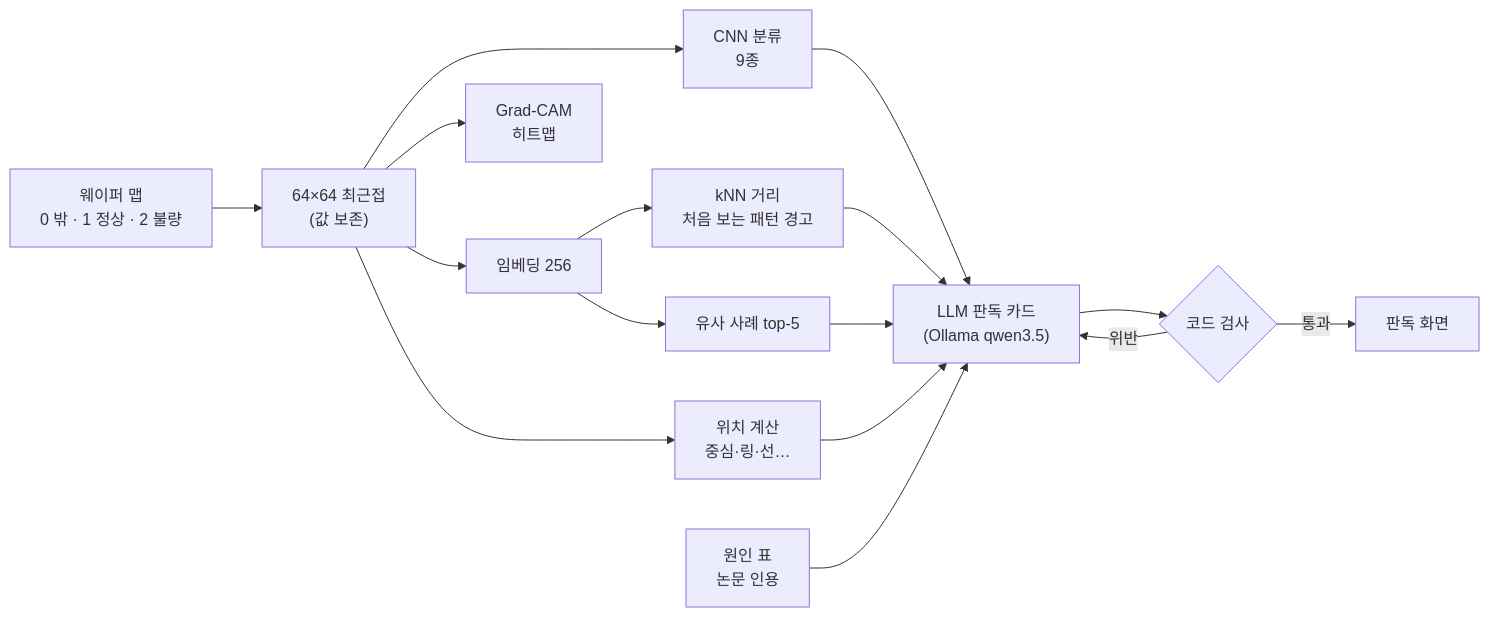
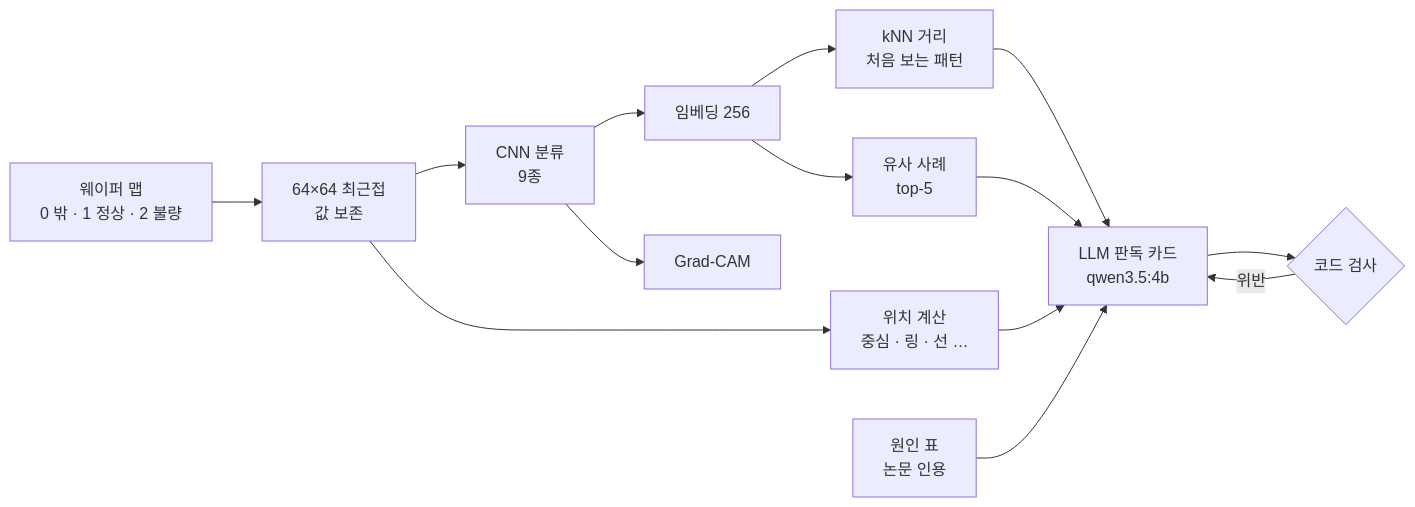
Before and after one commit to Haejyn/wafer-defect-agent: the diagram in README.md, drawn with Mermaid. The commit also changed other lines of this file and 9 other files, not shown here.

````diff
--- a/README.md
+++ b/README.md
@@ -32,15 +35,14 @@
 ```mermaid
 flowchart LR
-    M["웨이퍼 맵<br/>0 밖 · 1 정상 · 2 불량"] --> P["64×64 최근접<br/>(값 보존)"]
+    M["웨이퍼 맵<br/>0 밖 · 1 정상 · 2 불량"] --> P["64×64 최근접<br/>값 보존"]
     P --> C["CNN 분류<br/>9종"]
-    P --> E["임베딩 256"]
-    E --> K["kNN 거리<br/>처음 보는 패턴 경고"]
-    E --> S["유사 사례 top-5"]
-    P --> H["Grad-CAM<br/>히트맵"]
-    P --> L["위치 계산<br/>중심·링·선…"]
-    C & K & S & L --> A["LLM 판독 카드<br/>(Ollama qwen3.5)"]
+    C --> E["임베딩 256"]
+    E --> K["kNN 거리<br/>처음 보는 패턴"]
+    E --> S["유사 사례<br/>top-5"]
+    C --> H["Grad-CAM"]
+    P --> L["위치 계산<br/>중심 · 링 · 선 …"]
+    K & S & L --> A["LLM 판독 카드<br/>qwen3.5:4b"]
     T["원인 표<br/>논문 인용"] --> A
     A --> V{"코드 검사"}
     V -- 위반 --> A
-    V -- 통과 --> O["판독 화면"]
 ```
````
